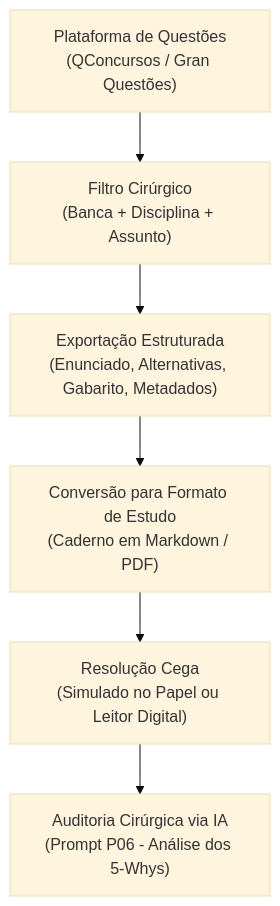
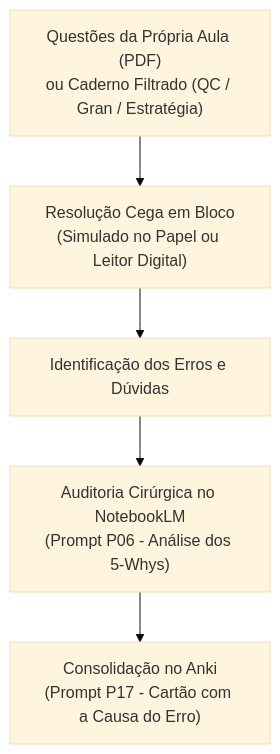
The diagram in docs/02_banco_questoes_sem_distracao.md (gilsonnogueira/notebooklm-para-concursos), drawn with Mermaid (base theme) before and after one commit. The commit also changed other lines of this file and 1 other file, not shown here.

Commit message:
docs: reforca questoes dos proprios PDFs e impressao oficial de cadernos, eliminando mencoes a scraping

````diff
--- a/docs/02_banco_questoes_sem_distracao.md
+++ b/docs/02_banco_questoes_sem_distracao.md
@@ -23,8 +48,7 @@
 ```mermaid
 flowchart TD
-    A["Plataforma de Questões<br>(QConcursos / Gran Questões)"] --> B["Filtro Cirúrgico<br>(Banca + Disciplina + Assunto)"]
-    B --> C["Exportação Estruturada<br>(Enunciado, Alternativas, Gabarito, Metadados)"]
-    C --> D["Conversão para Formato de Estudo<br>(Caderno em Markdown / PDF)"]
-    D --> E["Resolução Cega<br>(Simulado no Papel ou Leitor Digital)"]
-    E --> F["Auditoria Cirúrgica via IA<br>(Prompt P06 - Análise dos 5-Whys)"]
+    A["Questões da Própria Aula (PDF)<br>ou Caderno Filtrado (QC / Gran / Estratégia)"] --> B["Resolução Cega em Bloco<br>(Simulado no Papel ou Leitor Digital)"]
+    B --> C["Identificação dos Erros e Dúvidas"]
+    C --> D["Auditoria Cirúrgica no NotebookLM<br>(Prompt P06 - Análise dos 5-Whys)"]
+    D --> E["Consolidação no Anki<br>(Prompt P17 - Cartão com a Causa do Erro)"]
 ```
````
